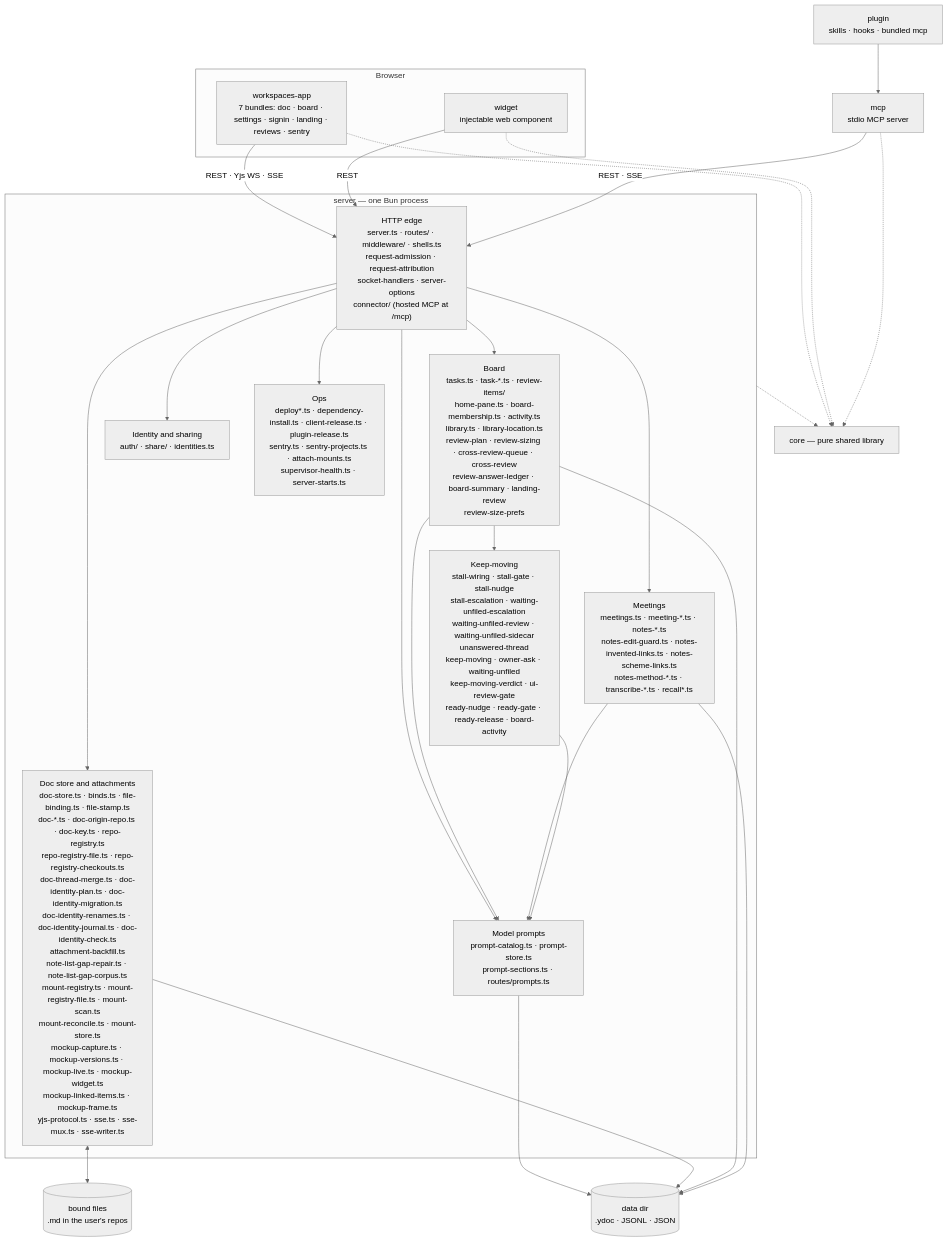
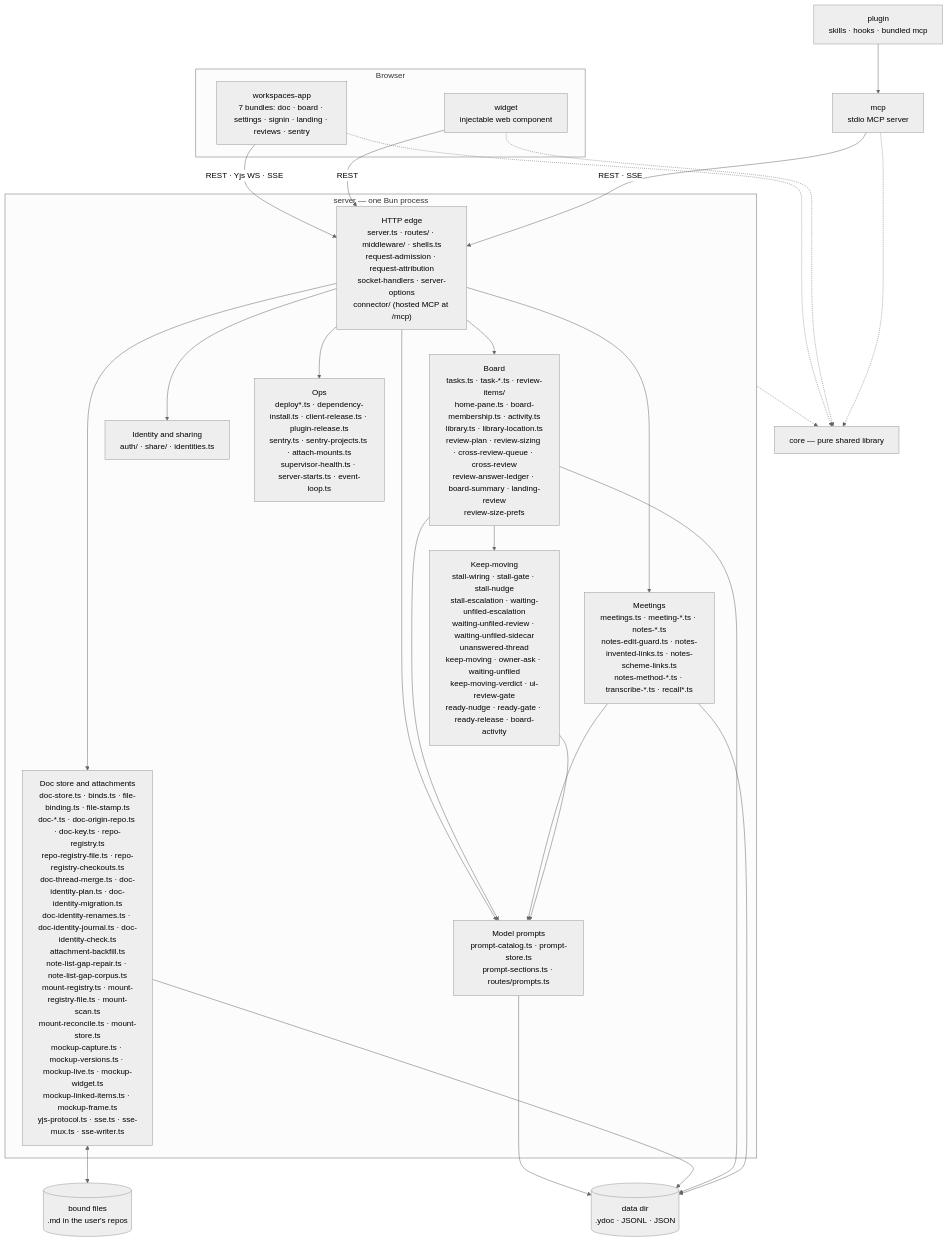
The first of 2 diagrams in docs/architecture/overview.md (fryanpan/claude-workspaces-plugin), drawn with Mermaid (neutral theme) before and after one commit. The commit also changed other lines of this file and 9 other files, not shown here.

````diff
--- a/docs/architecture/overview.md
+++ b/docs/architecture/overview.md
@@ -45,35 +45,35 @@
 ```mermaid
 flowchart TB
   subgraph browser[Browser]
     app["workspaces-app<br/>7 bundles: doc · board · settings · signin · landing · reviews · sentry"]
     wid["widget<br/>injectable web component"]
   end
   plug["plugin<br/>skills · hooks · bundled mcp"]
   mcp["mcp<br/>stdio MCP server"]
   subgraph srv["server — one Bun process"]
     edge["HTTP edge<br/>server.ts · routes/ · middleware/ · shells.ts<br/>request-admission · request-attribution<br/>socket-handlers · server-options<br/>connector/ (hosted MCP at /mcp)"]
     docs["Doc store and attachments<br/>doc-store.ts · binds.ts · file-binding.ts · file-stamp.ts<br/>doc-*.ts · doc-origin-repo.ts · doc-key.ts · repo-registry.ts<br/>repo-registry-file.ts · repo-registry-checkouts.ts<br/>doc-thread-merge.ts · doc-identity-plan.ts · doc-identity-migration.ts<br/>doc-identity-renames.ts · doc-identity-journal.ts · doc-identity-check.ts<br/>attachment-backfill.ts<br/>note-list-gap-repair.ts · note-list-gap-corpus.ts<br/>mount-registry.ts · mount-registry-file.ts · mount-scan.ts<br/>mount-reconcile.ts · mount-store.ts<br/>mockup-capture.ts · mockup-versions.ts · mockup-live.ts · mockup-widget.ts<br/>mockup-linked-items.ts · mockup-frame.ts<br/>yjs-protocol.ts · sse.ts · sse-mux.ts · sse-writer.ts"]
     board["Board<br/>tasks.ts · task-*.ts · review-items/<br/>home-pane.ts · board-membership.ts · activity.ts<br/>library.ts · library-location.ts<br/>review-plan · review-sizing · cross-review-queue · cross-review<br/>review-answer-ledger · board-summary · landing-review<br/>review-size-prefs"]
     meet["Meetings<br/>meetings.ts · meeting-*.ts · notes-*.ts<br/>notes-edit-guard.ts · notes-invented-links.ts · notes-scheme-links.ts<br/>notes-method-*.ts · transcribe-*.ts · recall*.ts"]
     keep["Keep-moving<br/>stall-wiring · stall-gate · stall-nudge<br/>stall-escalation · waiting-unfiled-escalation<br/>waiting-unfiled-review · waiting-unfiled-sidecar<br/>unanswered-thread<br/>keep-moving · owner-ask · waiting-unfiled<br/>keep-moving-verdict · ui-review-gate<br/>ready-nudge · ready-gate · ready-release · board-activity"]
     ident["Identity and sharing<br/>auth/ · share/ · identities.ts"]
     prompts["Model prompts<br/>prompt-catalog.ts · prompt-store.ts<br/>prompt-sections.ts · routes/prompts.ts"]
-    ops["Ops<br/>deploy*.ts · dependency-install.ts · client-release.ts · plugin-release.ts<br/>sentry.ts · sentry-projects.ts · attach-mounts.ts<br/>supervisor-health.ts · server-starts.ts"]
+    ops["Ops<br/>deploy*.ts · dependency-install.ts · client-release.ts · plugin-release.ts<br/>sentry.ts · sentry-projects.ts · attach-mounts.ts<br/>supervisor-health.ts · server-starts.ts · event-loop.ts"]
   end
   core["core — pure shared library"]
   disk[("data dir<br/>.ydoc · JSONL · JSON")]
   files[("bound files<br/>.md in the user's repos")]
 
   app -->|"REST · Yjs WS · SSE"| edge
   wid -->|REST| edge
   plug --> mcp
   mcp -->|"REST · SSE"| edge
   edge --> docs & board & meet & ident & ops & prompts
   board & meet & keep --> prompts
   prompts --> disk
   board --> keep
   docs <--> files
   docs & board & meet --> disk
   app & wid & mcp -.-> core
   srv -.-> core
 ```
````
